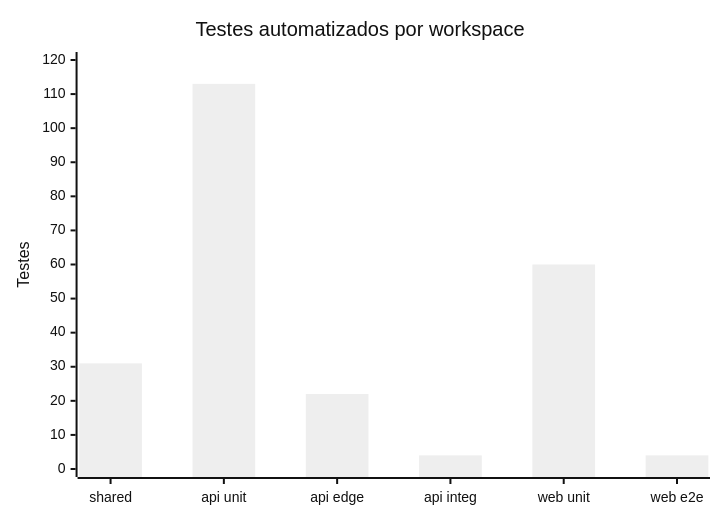
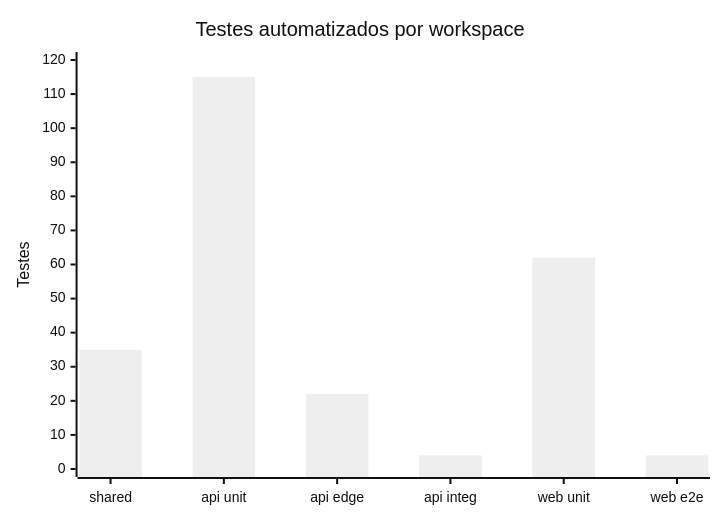
Before and after one commit to Digooow/pokedex-frontend: the ninth of 12 diagrams in README.md, drawn with Mermaid (neutral theme). The commit also changed other lines of this file and 29 other files, not shown here.

````diff
--- a/README.md
+++ b/README.md
@@ -552,7 +552,7 @@
 ```mermaid
 xychart-beta
   title "Testes automatizados por workspace"
   x-axis ["shared", "api unit", "api edge", "api integ", "web unit", "web e2e"]
   y-axis "Testes" 0 --> 120
-  bar [31, 113, 22, 4, 60, 4]
+  bar [35, 115, 22, 4, 62, 4]
 ```
````
